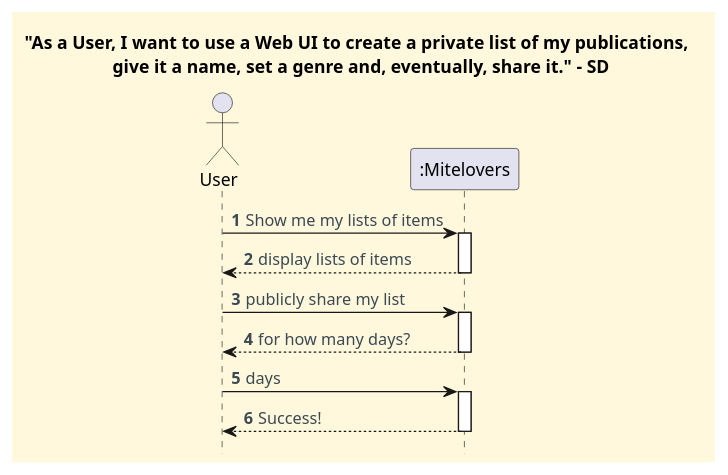
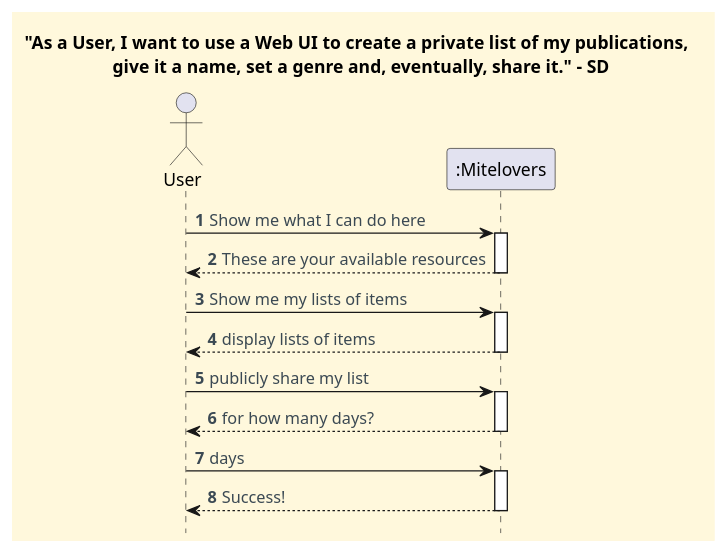
One commit to CarolinaLeite-collab/JavaMarketplacePlatform changed the diagram in docs/client-server-diagrams/publicly-share-a-list-of-mine/Process_View_SSD.puml. Above: the diagram before and after it, drawn with PlantUML. The commit also changed 1 other file, not shown here.

Commit message:
fix: updated process view diagrams for publicly share a list of mine functionality, closes #929

```diff
--- a/docs/client-server-diagrams/publicly-share-a-list-of-mine/Process_View_SSD.puml
+++ b/docs/client-server-diagrams/publicly-share-a-list-of-mine/Process_View_SSD.puml
@@ -1,37 +1,42 @@
 @startuml
 '==== Title ====
 title "As a User, I want to use a Web UI to create a private list of my publications, \n give it a name, set a genre and, eventually, share it." - SD
 
 '==== basic style ====
 skinparam monochrome false
 skinparam shadowing false
 skinparam defaultFontName Futura
 skinparam objectFontSize 20
 skinparam backgroundColor CornSilk
 skinparam objectBackgroundColor WhiteSmoke
 skinparam noteBackgroundColor #FFFFE0
 skinparam ArrowFontColor #3B4953
 skinparam ActivationBackgroundColor black
 hidefootbox
 autonumber
 
 ' ==== Actor and participants ====
 actor User
 participant ":Mitelovers" as System
 
+User -> System : Show me what I can do here
+activate System
+System --> User : These are your available resources
+deactivate System
+
 User -> System : Show me my lists of items
 activate System
 System --> User : display lists of items
 deactivate System
 
 User -> System : publicly share my list
 activate System
 System --> User : for how many days?
 deactivate System
 
 User -> System : days
 activate System
 System --> User: Success!
 deactivate System
 
 @enduml
```
